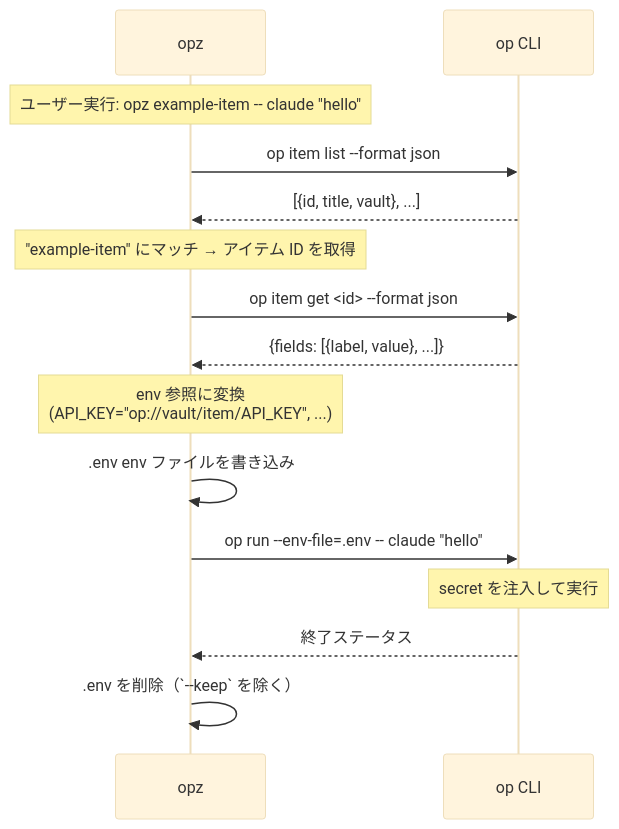
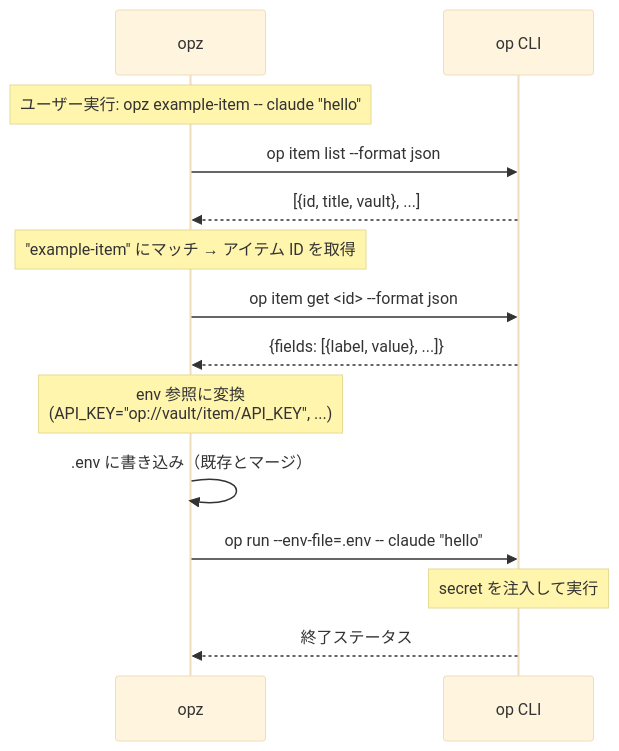
Before and after one commit to f4ah6o/opx: the diagram in README.ja.md, drawn with Mermaid (base theme). The commit also changed other lines of this file and 2 other files, not shown here.

````diff
--- a/README.ja.md
+++ b/README.ja.md
@@ -78,23 +104,21 @@
 ```mermaid
 sequenceDiagram
     participant opz
     participant op as op CLI
 
     Note over opz: ユーザー実行: opz example-item -- claude "hello"
 
     opz->>op: op item list --format json
     op-->>opz: [{id, title, vault}, ...]
     Note over opz: "example-item" にマッチ → アイテム ID を取得
 
     opz->>op: op item get <id> --format json
     op-->>opz: {fields: [{label, value}, ...]}
     Note over opz: env 参照に変換<br/>(API_KEY="op://vault/item/API_KEY", ...)
 
-    opz->>opz: .env env ファイルを書き込み
+    opz->>opz: .env に書き込み（既存とマージ）
 
     opz->>op: op run --env-file=.env -- claude "hello"
     Note over op: secret を注入して実行
     op-->>opz: 終了ステータス
-
-    opz->>opz: .env を削除（`--keep` を除く）
 ```
````
